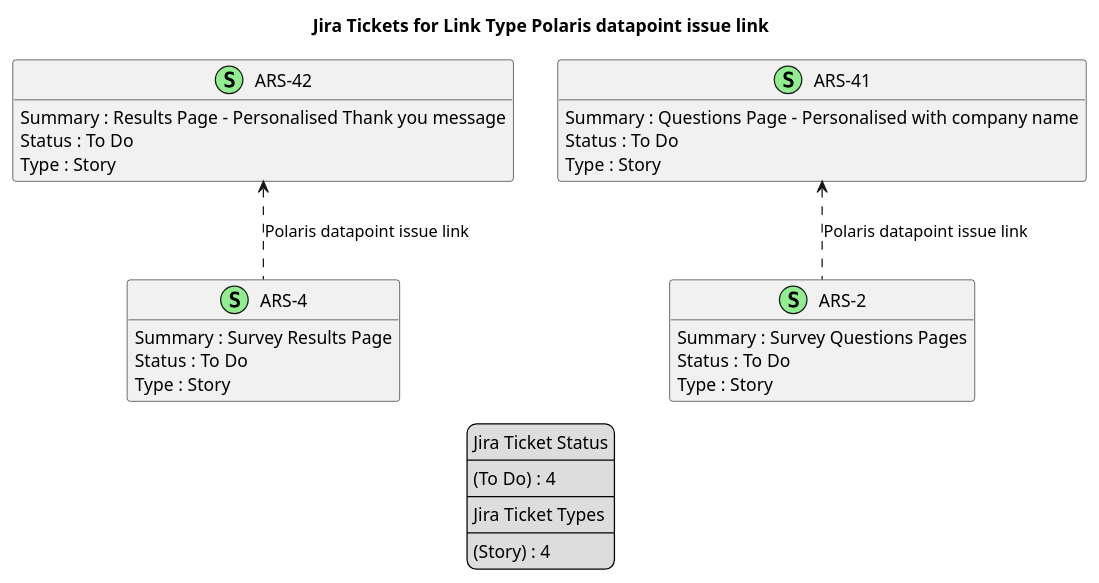
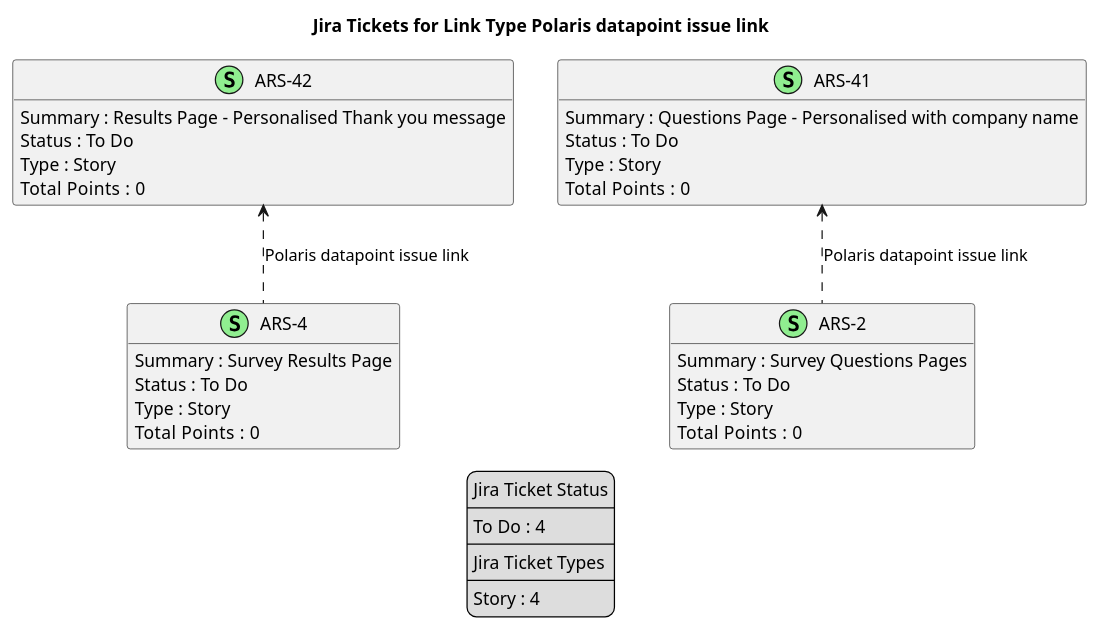
The diagram in docs/nexus/jira-LinkType-Polaris_datapoint_issue_link.puml (brunasti/jiraplotter), drawn with PlantUML before and after one commit. The commit also changed 22 other files, not shown here.

Commit message:
Computes total points in hierarchy

```diff
--- a/docs/nexus/jira-LinkType-Polaris_datapoint_issue_link.puml
+++ b/docs/nexus/jira-LinkType-Polaris_datapoint_issue_link.puml
@@ -1,55 +1,59 @@
 @startuml
 'https://plantuml.com/class-diagram
 
 ' GENERATE CLASS DIAGRAM ===========
-' Generated at    : Tue May 14 15:35:46 CEST 2024
+' Generated at    : Thu May 16 15:52:42 CEST 2024
 
 title Jira Tickets for Link Type Polaris datapoint issue link
 hide empty members
 
 legend
 Jira Ticket Status
 ----
-(To Do) : 4
+To Do : 4
 ----
 Jira Ticket Types
 ----
-(Story) : 4
+Story : 4
 end legend
 
 
 ' Tickets =======
 class "ARS-4" << (S,lightgreen) >> {
-  Summary : Survey Results Page
-  Status : To Do
-  Type : Story
+ Summary : Survey Results Page
+ Status : To Do
+ Type : Story
+Total  Points : 0
 }
 
 class "ARS-41" << (S,lightgreen) >> {
-  Summary : Questions Page - Personalised with company name
-  Status : To Do
-  Type : Story
+ Summary : Questions Page - Personalised with company name
+ Status : To Do
+ Type : Story
+Total  Points : 0
 }
 
 class "ARS-2" << (S,lightgreen) >> {
-  Summary : Survey Questions Pages
-  Status : To Do
-  Type : Story
+ Summary : Survey Questions Pages
+ Status : To Do
+ Type : Story
+Total  Points : 0
 }
 
 class "ARS-42" << (S,lightgreen) >> {
-  Summary : Results Page - Personalised Thank you message
-  Status : To Do
-  Type : Story
+ Summary : Results Page - Personalised Thank you message
+ Status : To Do
+ Type : Story
+Total  Points : 0
 }
 
 
 
 ' Links =======
 "ARS-41" <.. "ARS-2" : Polaris datapoint issue link
 
 "ARS-42" <.. "ARS-4" : Polaris datapoint issue link
 
 
 
 @enduml
```
